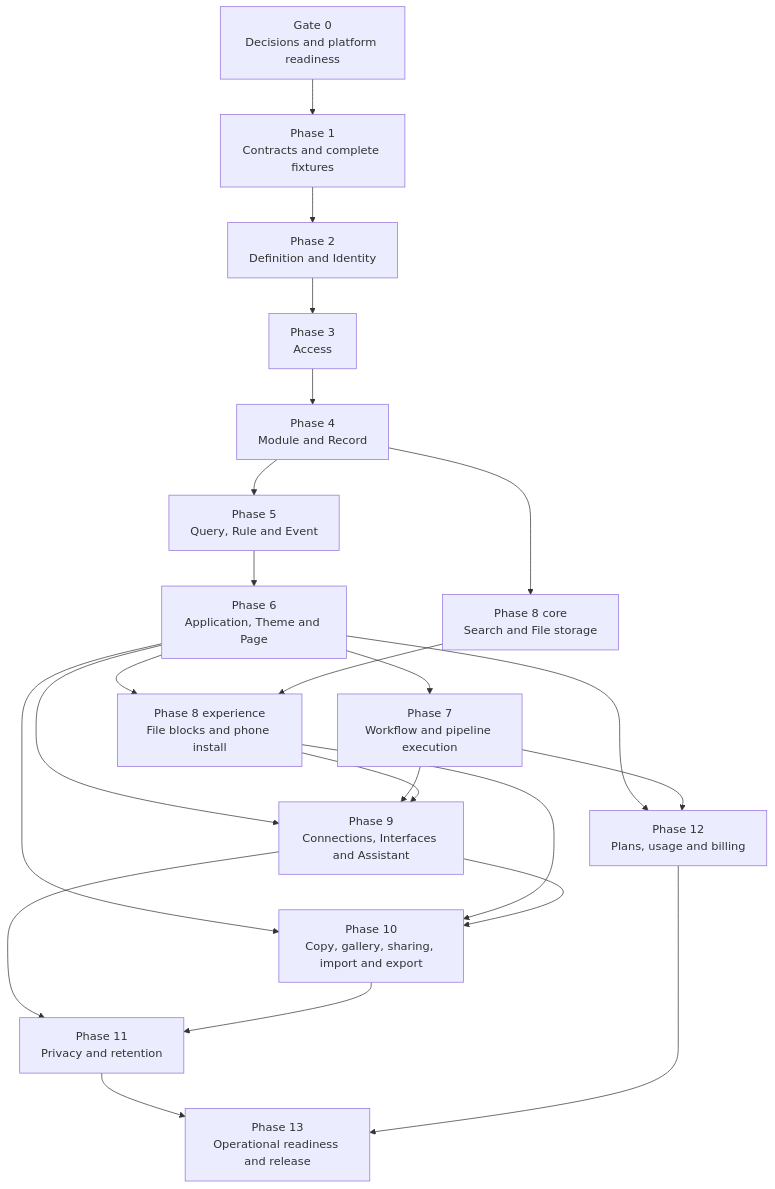
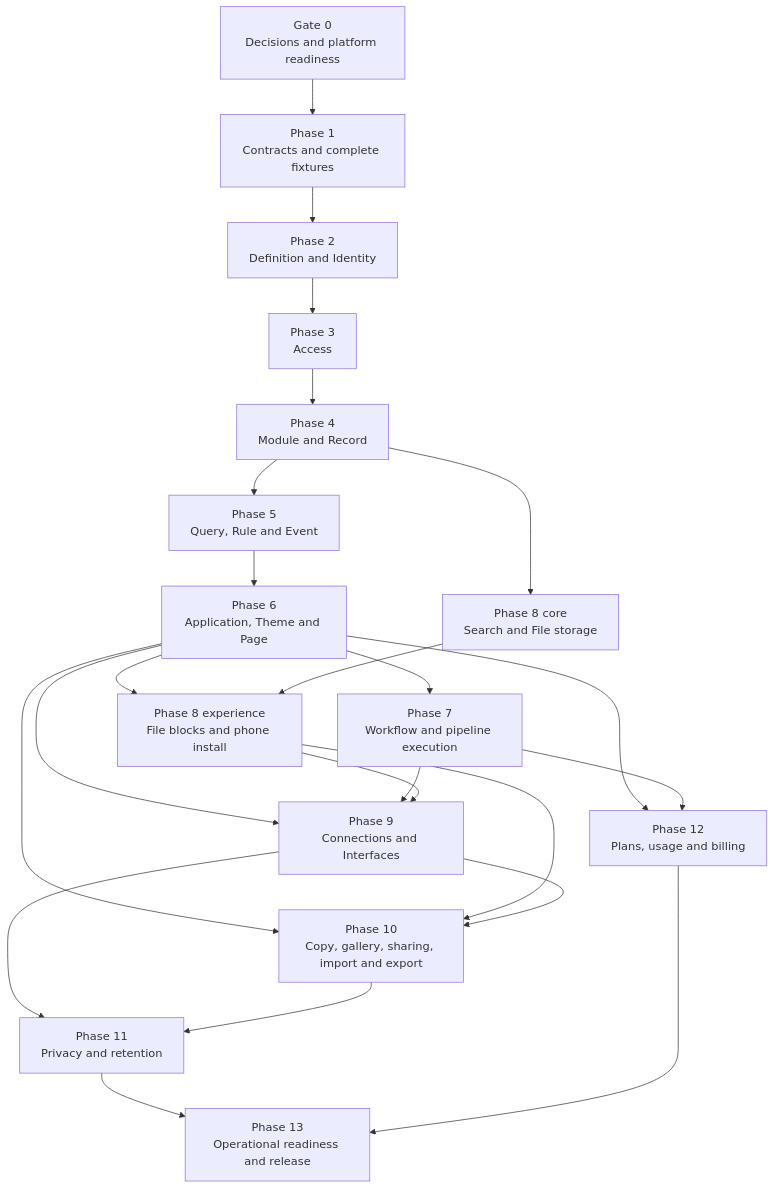
One commit to Abzum-NZ/Abzum-Vortex changed the diagram in docs/build-plan/README.md. Above: the diagram before and after it, drawn with Mermaid. The commit also changed other lines of this file and 27 other files, not shown here.

````diff
--- a/docs/build-plan/README.md
+++ b/docs/build-plan/README.md
@@ -26,25 +26,25 @@
 ```mermaid
 flowchart TD
     G0[Gate 0<br/>Decisions and platform readiness] --> P1[Phase 1<br/>Contracts and complete fixtures]
     P1 --> P2[Phase 2<br/>Definition and Identity]
     P2 --> P3[Phase 3<br/>Access]
     P3 --> P4[Phase 4<br/>Module and Record]
     P4 --> P5[Phase 5<br/>Query, Rule and Event]
     P4 --> P8C[Phase 8 core<br/>Search and File storage]
     P5 --> P6[Phase 6<br/>Application, Theme and Page]
     P6 --> P7[Phase 7<br/>Workflow and pipeline execution]
     P6 --> P8U[Phase 8 experience<br/>File blocks and phone install]
     P8C --> P8U
-    P6 --> P9[Phase 9<br/>Connections, Interfaces and Assistant]
+    P6 --> P9[Phase 9<br/>Connections and Interfaces]
     P7 --> P9
     P8U --> P9
     P6 --> P10[Phase 10<br/>Copy, gallery, sharing, import and export]
     P8U --> P10
     P9 --> P10
     P9 --> P11[Phase 11<br/>Privacy and retention]
     P10 --> P11
     P6 --> P12[Phase 12<br/>Plans, usage and billing]
     P7 --> P12
     P11 --> P13[Phase 13<br/>Operational readiness and release]
     P12 --> P13
 ```
````
